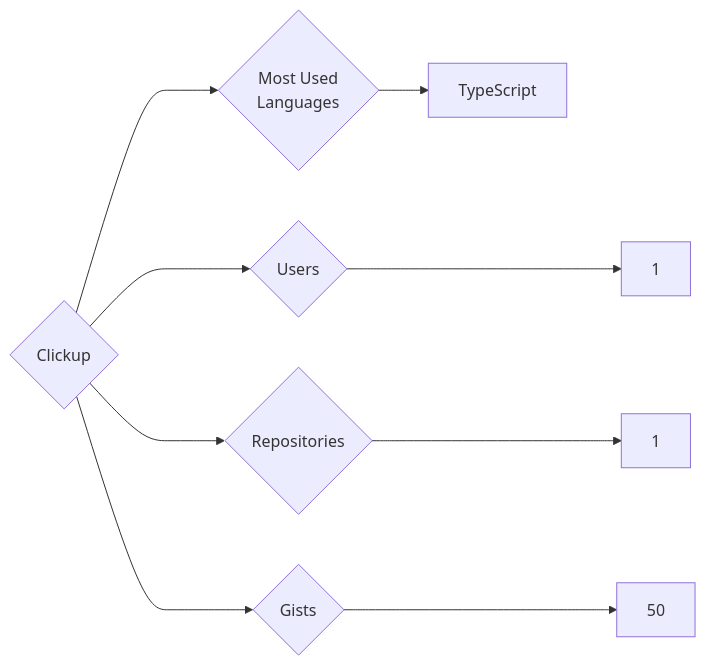
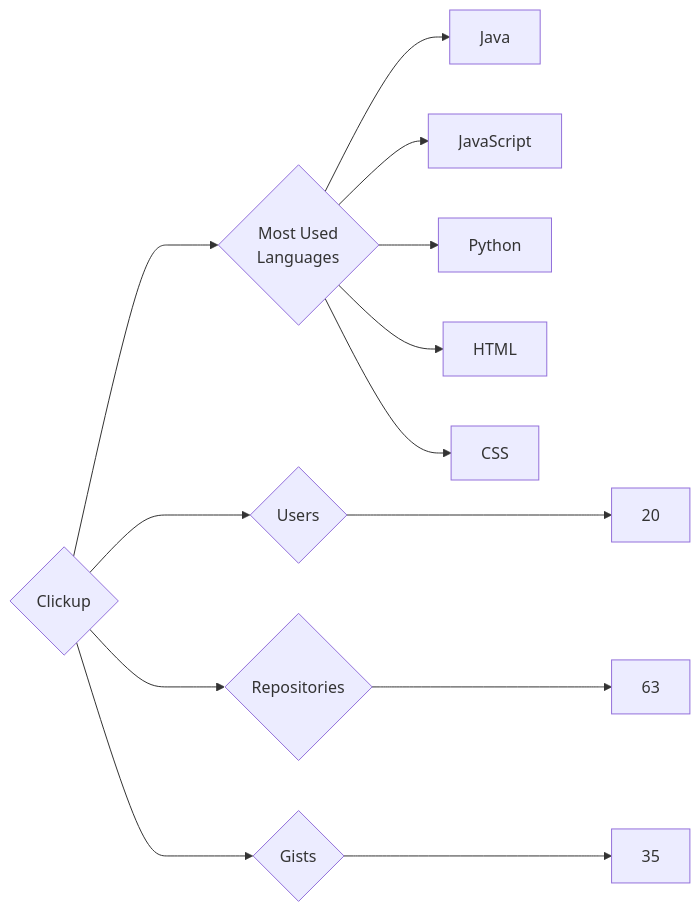
One commit to trickest/insiders changed the diagram in targets/Clickup/README.md. Above: the diagram before and after it, drawn with Mermaid. The commit also changed 786 other files, not shown here.

````diff
--- a/targets/Clickup/README.md
+++ b/targets/Clickup/README.md
@@ -3,9 +3,13 @@
 ```mermaid
 graph LR
 COMPANY_NAME{Clickup}
-COMPANY_NAME ---> U{Users} ---> UN[1]
-COMPANY_NAME ---> R{Repositories} ---> RN[1]
-COMPANY_NAME ---> G{Gists} ---> GN[50]
+COMPANY_NAME ---> U{Users} ---> UN[20]
+COMPANY_NAME ---> R{Repositories} ---> RN[63]
+COMPANY_NAME ---> G{Gists} ---> GN[35]
 COMPANY_NAME ---> ML{Most Used<br>Languages}
-ML --> TypeScript[TypeScript]
+ML --> Java[Java]
+ML --> JavaScript[JavaScript]
+ML --> Python[Python]
+ML --> HTML[HTML]
+ML --> CSS[CSS]
 ```
````
